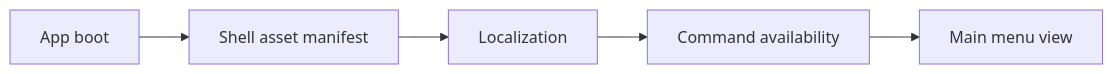
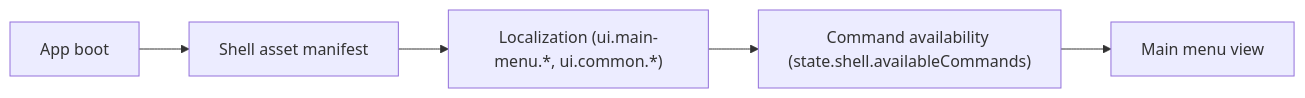
Before and after one commit to SunaNoOshiro/Heroes_Reforged_AI_Realms: the second of 5 diagrams in docs/architecture/wiki/screens/01-main-menu/architecture.md, drawn with Mermaid. The commit also changed other lines of this file and 518 other files, not shown here.

First line of the commit message:
Add doc-audit skill and sweep architecture/screen docs

````diff
--- a/docs/architecture/wiki/screens/01-main-menu/architecture.md
+++ b/docs/architecture/wiki/screens/01-main-menu/architecture.md
@@ -32,8 +39,7 @@
 ```mermaid
 flowchart LR
-  L0["App boot"] --> L1
-  L1["Shell asset manifest"] --> L2
-  L2["Localization"] --> L3
-  L3["Command availability"] --> L4
-  L4["Main menu view"]
+  L0["App boot"] --> L1["Shell asset manifest"]
+  L1 --> L2["Localization (ui.main-menu.*, ui.common.*)"]
+  L2 --> L3["Command availability (state.shell.availableCommands)"]
+  L3 --> L4["Main menu view"]
 ```
````
